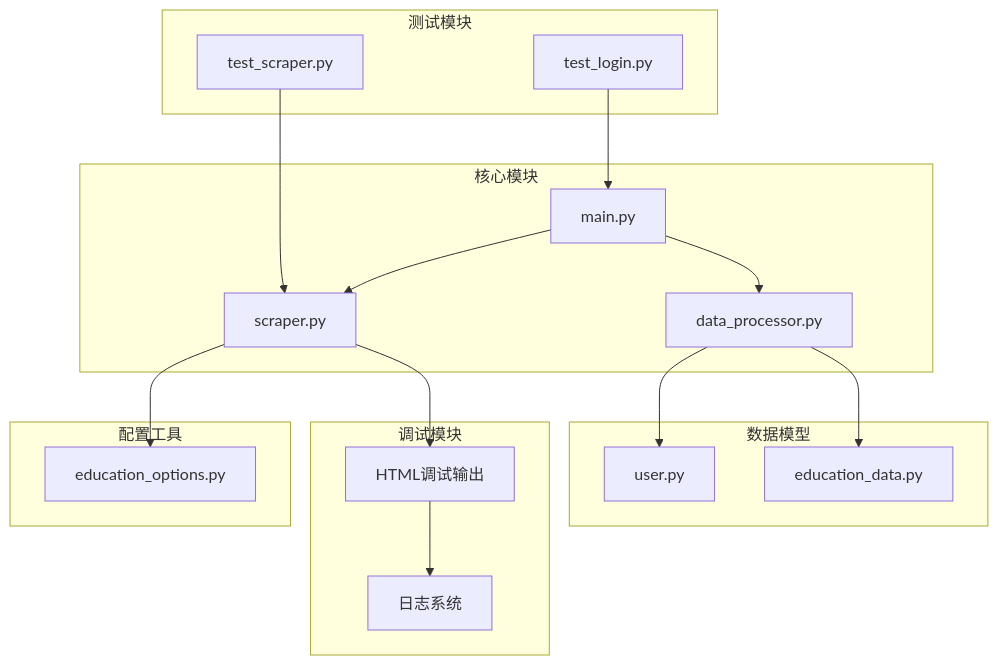
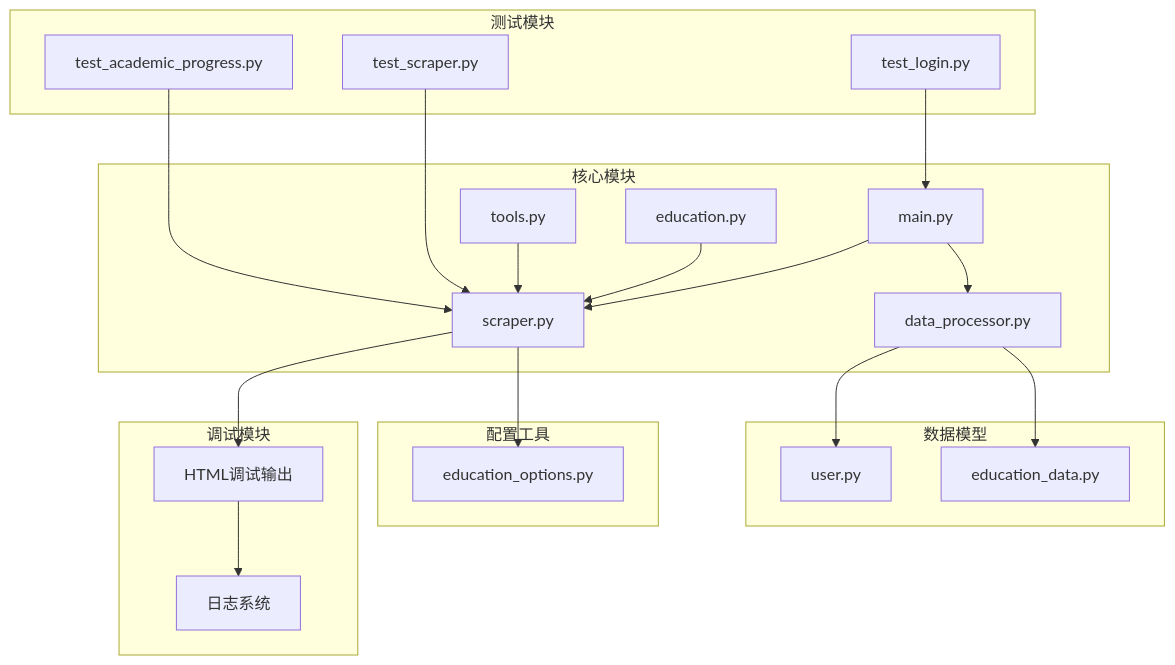
The fifth of 5 diagrams in .qoder/repowiki/zh/content/后端API文档/学术数据查询API/学术数据查询API.md (ghbbn053-ship-itsoulddog/soulddog), drawn with Mermaid before and after one commit. The commit also changed other lines of this file and 119 other files, not shown here.

````diff
--- a/.qoder/repowiki/zh/content/后端API文档/学术数据查询API/学术数据查询API.md
+++ b/.qoder/repowiki/zh/content/后端API文档/学术数据查询API/学术数据查询API.md
@@ -861,32 +1037,38 @@
 ```mermaid
 graph TB
 subgraph "核心模块"
 MAIN[main.py]
 SCRAPER[scraper.py]
 DATA_PROCESSOR[data_processor.py]
+EDUCATION_API[education.py]
+MCP_TOOLS[tools.py]
 end
 subgraph "数据模型"
 USER_MODEL[user.py]
 EDUCATION_MODEL[education_data.py]
 end
 subgraph "配置工具"
 OPTIONS[education_options.py]
 end
 subgraph "测试模块"
 TEST_SCRAPER[test_scraper.py]
 TEST_LOGIN[test_login.py]
+TEST_ACADEMIC_PROGRESS[test_academic_progress.py]
 end
 subgraph "调试模块"
 DEBUG[HTML调试输出]
 LOG[日志系统]
 end
 MAIN --> SCRAPER
 MAIN --> DATA_PROCESSOR
+EDUCATION_API --> SCRAPER
+MCP_TOOLS --> SCRAPER
 DATA_PROCESSOR --> USER_MODEL
 DATA_PROCESSOR --> EDUCATION_MODEL
 SCRAPER --> OPTIONS
 SCRAPER --> DEBUG
 DEBUG --> LOG
 TEST_SCRAPER --> SCRAPER
 TEST_LOGIN --> MAIN
+TEST_ACADEMIC_PROGRESS --> SCRAPER
 ```
````
